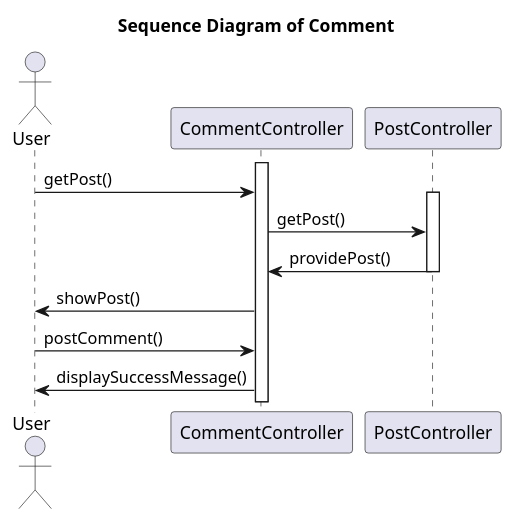
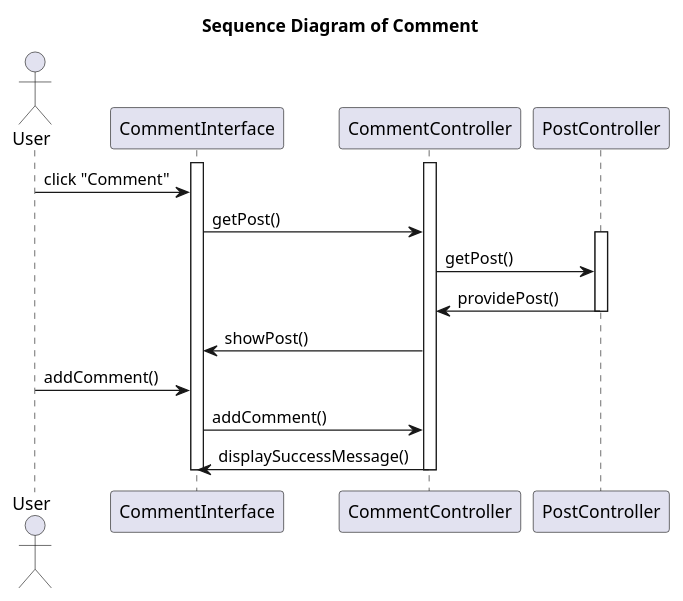
The diagram in Diagram/Sequence Diagram/commemt.puml (Vizards8/Hey_Badminton), drawn with PlantUML before and after one commit. The commit also changed 4 other files, not shown here.

Commit message:
Add Interface to Sequence Diagrams

```diff
--- a/Diagram/Sequence Diagram/commemt.puml
+++ b/Diagram/Sequence Diagram/commemt.puml
@@ -1,21 +1,26 @@
 @startuml
 title Sequence Diagram of Comment
 
 actor User
 
+activate CommentInterface
 activate CommentController
 
-User -> CommentController: getPost()
+User -> CommentInterface: click "Comment"
+CommentInterface -> CommentController: getPost()
 
 activate PostController
 CommentController -> PostController: getPost()
 PostController -> CommentController: providePost()
 deactivate PostController
 
-CommentController -> User: showPost()
+CommentController -> CommentInterface: showPost()
 
-User -> CommentController: postComment()
-CommentController -> User:displaySuccessMessage()
+User -> CommentInterface: addComment()
+CommentInterface -> CommentController: addComment()
+CommentController -> CommentInterface: displaySuccessMessage()
 
+deactivate CommentInterface
+deactivate CommentController
 
 @enduml
```
